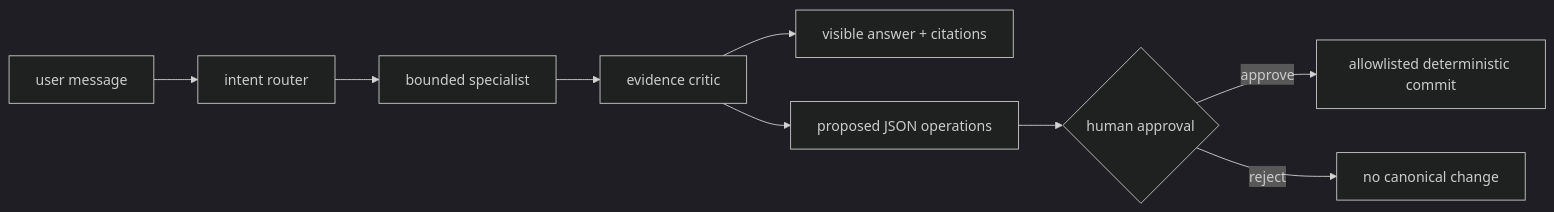
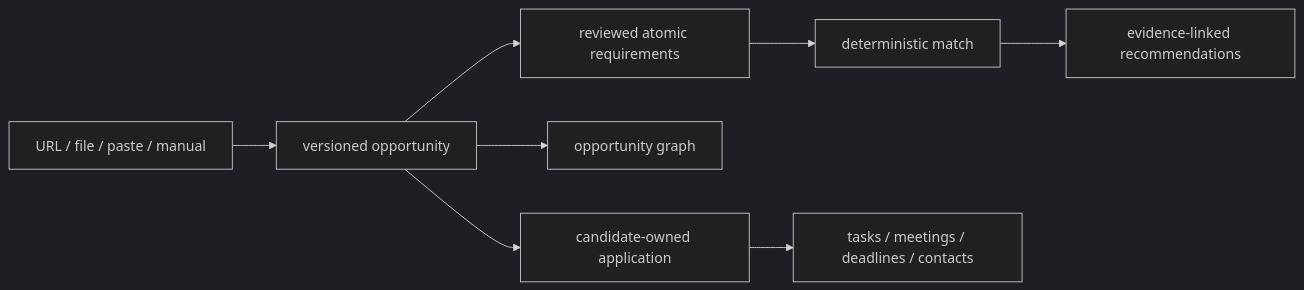
Before and after one commit to fsantibanezleal/CAOS_CareerTwin: the fourth of 6 diagrams in docs/architecture/README.md, drawn with Mermaid (dark theme). The commit also changed other lines of this file and 137 other files, not shown here.

````diff
--- a/docs/architecture/README.md
+++ b/docs/architecture/README.md
@@ -41,11 +65,10 @@
 ```mermaid
 flowchart LR
-  U[user message] --> I[intent router]
-  I --> X[bounded specialist]
-  X --> V[evidence critic]
-  V --> O[visible answer + citations]
-  V --> D[proposed JSON operations]
-  D --> H{human approval}
-  H -->|approve| C[allowlisted deterministic commit]
-  H -->|reject| N[no canonical change]
+  I[URL / file / paste / manual] --> O[versioned opportunity]
+  O --> R[reviewed atomic requirements]
+  O --> OG[opportunity graph]
+  R --> Match[deterministic match]
+  Match --> Rec[evidence-linked recommendations]
+  O --> App[candidate-owned application]
+  App --> Timeline[tasks / meetings / deadlines / contacts]
 ```
````
